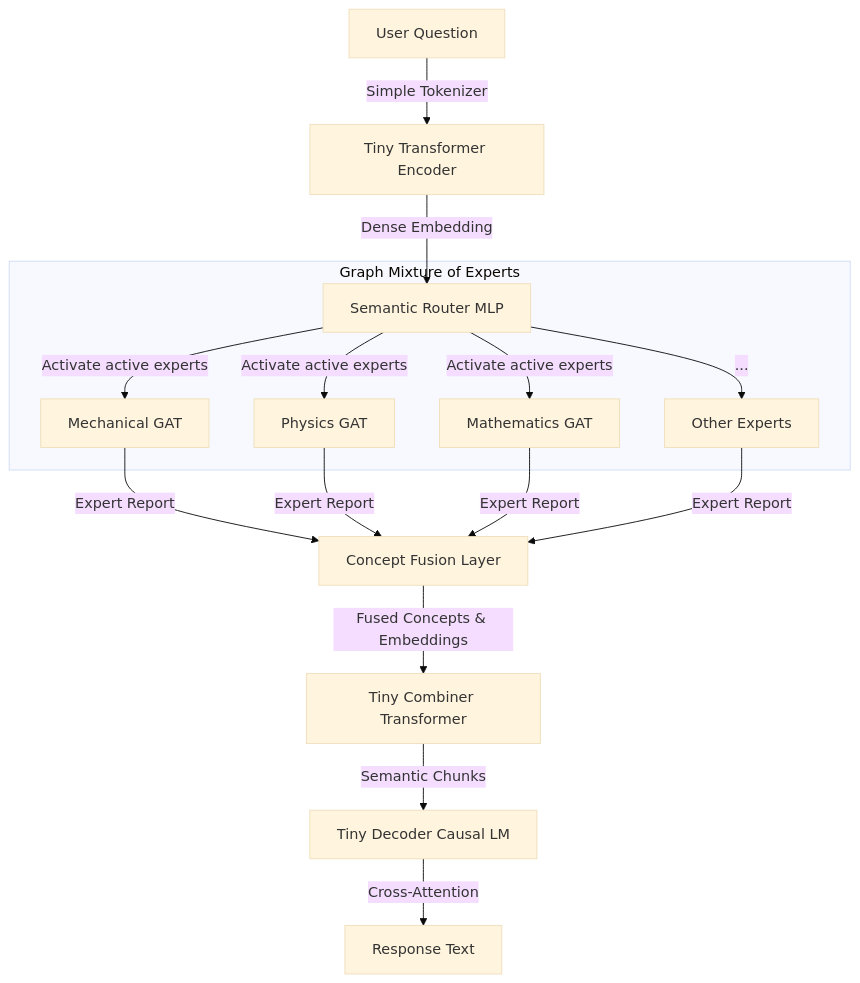
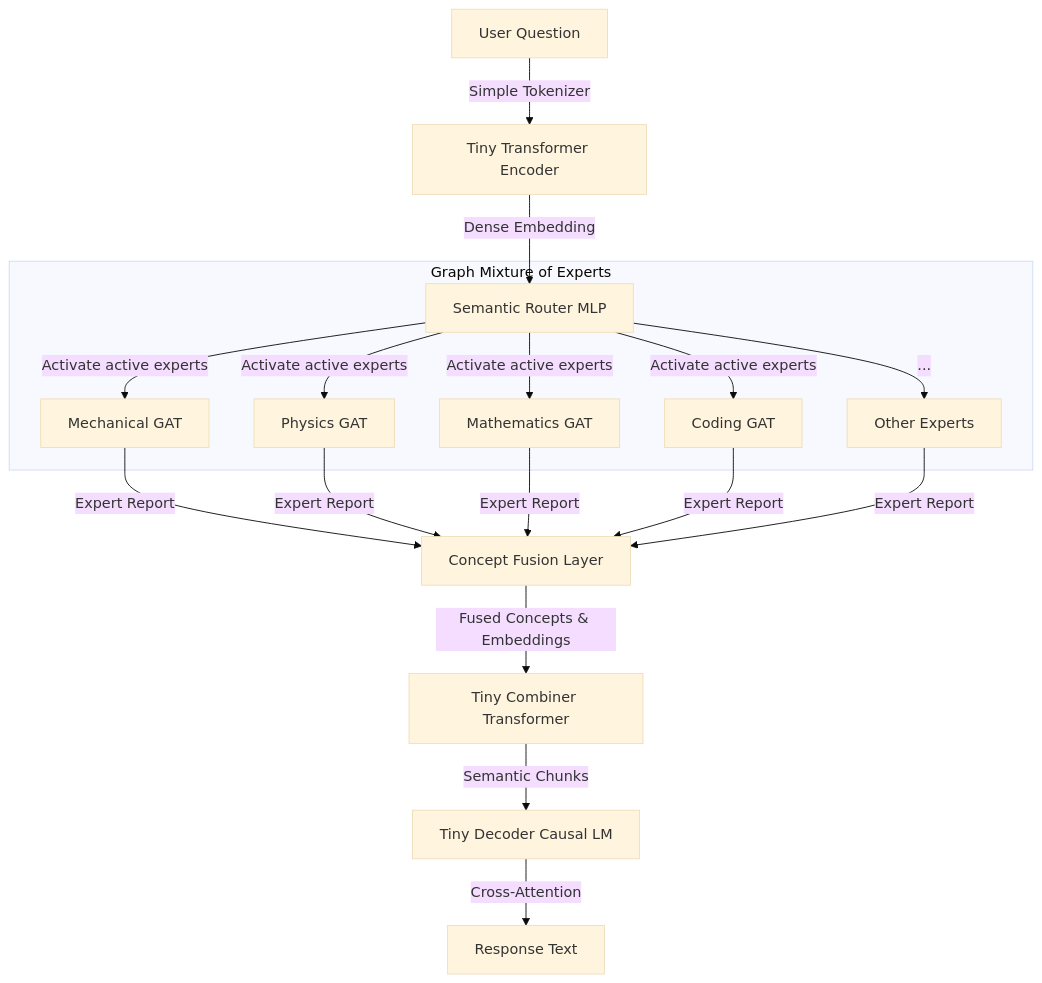
Before and after one commit to ChamanPrakashKanth/graph-llm-experiment: the third of 6 diagrams in README.md, drawn with Mermaid (base theme). The commit also changed other lines of this file and 14 other files, not shown here.

Commit message:
feat: Integrate CAT V3 Graph-MoE with Ollama coder agent, add multi-language coding dataset, implement autonomous coding lab server & visual UI, and benchmark coding performance

````diff
--- a/README.md
+++ b/README.md
@@ -74,21 +74,23 @@
 ```mermaid
 graph TD
     Q[User Question] -->|Simple Tokenizer| TE[Tiny Transformer Encoder]
     TE -->|Dense Embedding| SR[Semantic Router MLP]
     
     subgraph Graph Mixture of Experts
         SR -->|Activate active experts| E1[Mechanical GAT]
         SR -->|Activate active experts| E2[Physics GAT]
         SR -->|Activate active experts| E3[Mathematics GAT]
-        SR -->|...| E4[Other Experts]
+        SR -->|Activate active experts| E4[Coding GAT]
+        SR -->|...| E5[Other Experts]
     end
     
     E1 -->|Expert Report| CF[Concept Fusion Layer]
     E2 -->|Expert Report| CF
     E3 -->|Expert Report| CF
     E4 -->|Expert Report| CF
+    E5 -->|Expert Report| CF
     
     CF -->|Fused Concepts & Embeddings| TC[Tiny Combiner Transformer]
     TC -->|Semantic Chunks| TD[Tiny Decoder Causal LM]
     TD -->|Cross-Attention| R[Response Text]
 ```
````
